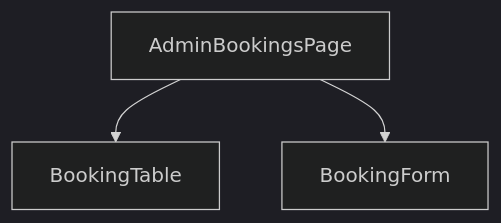
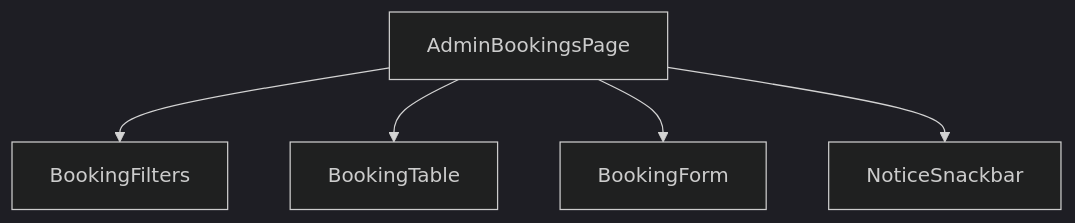
Diagram 12 of 12 in source/_posts/lokiTech-15day-12-project-travel.md (summer10920/summer10920.github.io), drawn with Mermaid (dark theme) before and after one commit. The commit also changed other lines of this file and 1 other file, not shown here.

```diff
--- a/source/_posts/lokiTech-15day-12-project-travel.md
+++ b/source/_posts/lokiTech-15day-12-project-travel.md
@@ -6426,4 +6526,6 @@
 {% mermaid graph TD %}
-  page["AdminBookingsPage"] --> table["BookingTable"]
+  page["AdminBookingsPage"] --> filters["BookingFilters"]
+  page --> table["BookingTable"]
   page --> form["BookingForm"]
+  page --> notice["NoticeSnackbar"]
 {% endmermaid %}
```
